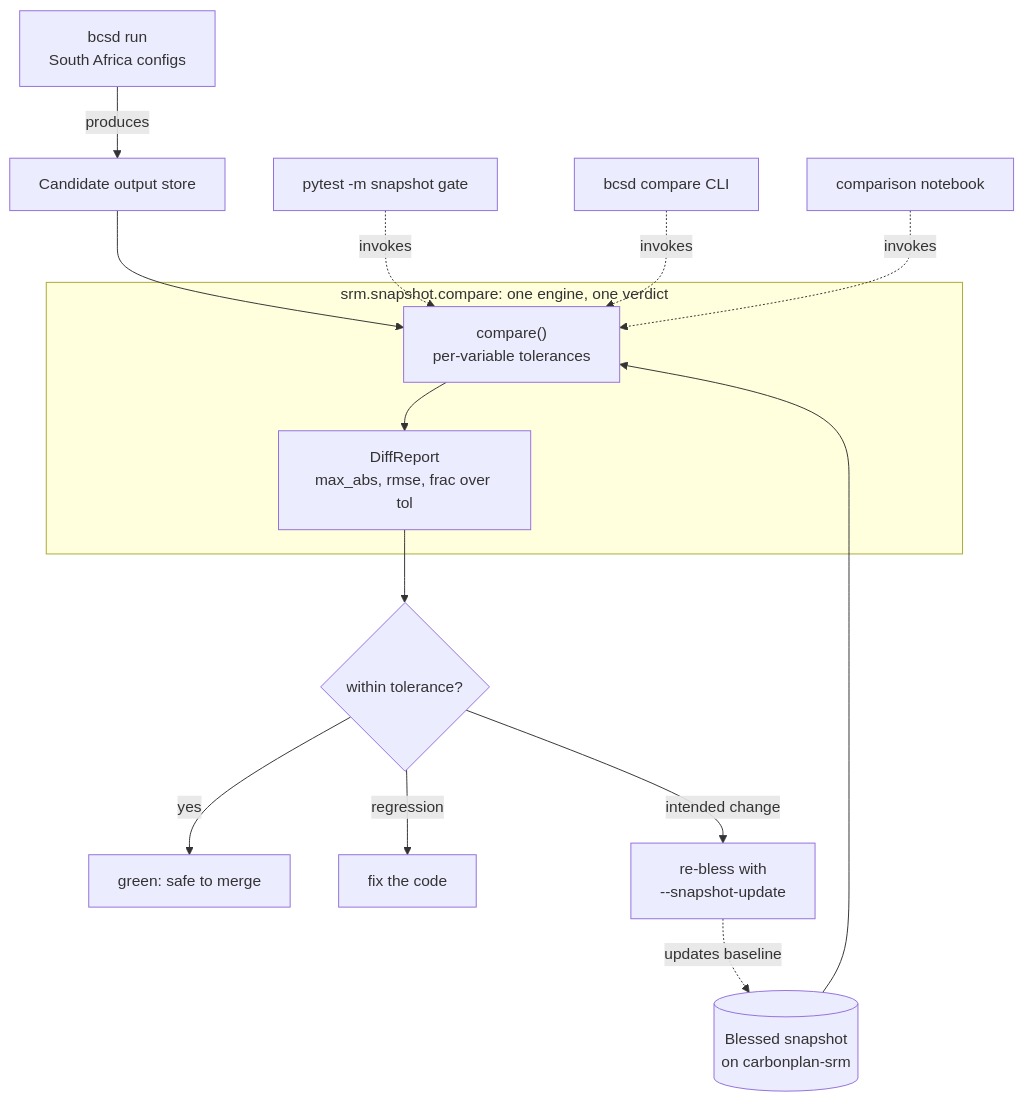
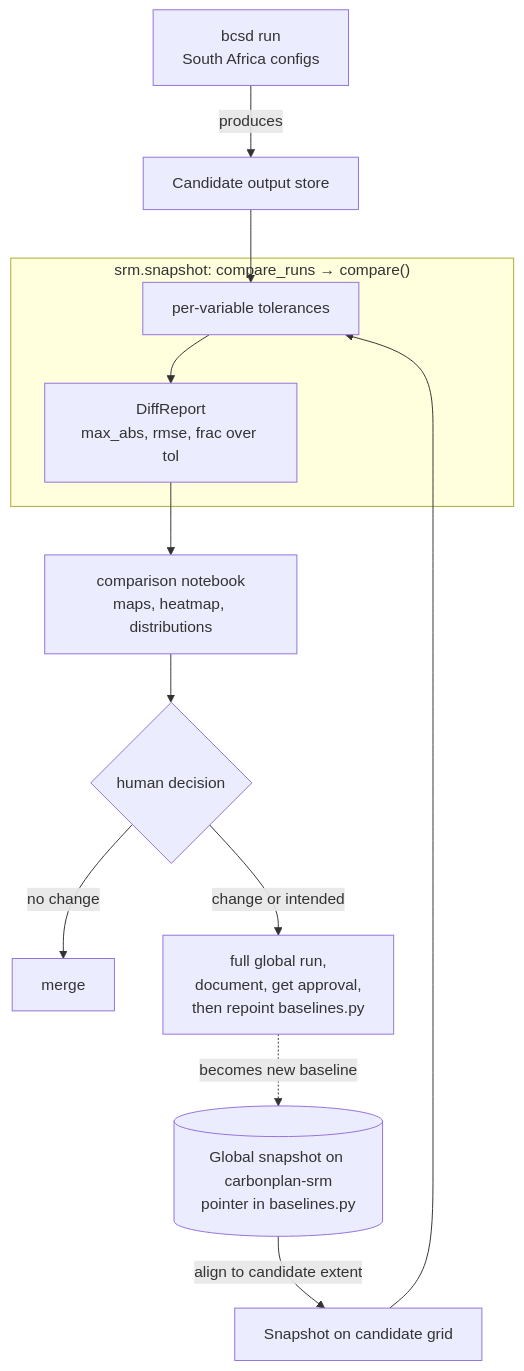
Before and after one commit to carbonplan/sai-downscaling: the diagram in docs/explanation/snapshot-testing.md, drawn with Mermaid. The commit also changed other lines of this file and 1 other file, not shown here.

Commit message:
rewrite snapshot docs for notebook workflow

````diff
--- a/docs/explanation/snapshot-testing.md
+++ b/docs/explanation/snapshot-testing.md
@@ -9,22 +9,19 @@
 ```mermaid
 graph TB
     RUN[bcsd run<br/>South Africa configs] -->|produces| CAND[Candidate output store]
-    SNAP[("Blessed snapshot<br/>on carbonplan-srm")]
+    SNAP[("Global snapshot on carbonplan-srm<br/>pointer in baselines.py")]
 
+    SNAP -->|align to candidate extent| ALN[Snapshot on candidate grid]
     CAND --> CMP
-    SNAP --> CMP
+    ALN --> CMP
 
-    subgraph "srm.snapshot.compare: one engine, one verdict"
-        CMP["compare()<br/>per-variable tolerances"] --> REP["DiffReport<br/>max_abs, rmse, frac over tol"]
+    subgraph "srm.snapshot: compare_runs → compare()"
+        CMP["per-variable tolerances"] --> REP["DiffReport<br/>max_abs, rmse, frac over tol"]
     end
 
-    GATE[pytest -m snapshot gate] -.->|invokes| CMP
-    CLI[bcsd compare CLI] -.->|invokes| CMP
-    NB[comparison notebook] -.->|invokes| CMP
-
-    REP --> V{within tolerance?}
-    V -->|yes| PASS["green: safe to merge"]
-    V -->|regression| FIX[fix the code]
-    V -->|intended change| BLESS["re-bless with<br/>--snapshot-update"]
-    BLESS -.->|updates baseline| SNAP
+    REP --> NB[comparison notebook<br/>maps, heatmap, distributions]
+    NB --> V{human decision}
+    V -->|no change| MERGE["merge"]
+    V -->|change or intended| GLOBAL["full global run,<br/>document, get approval,<br/>then repoint baselines.py"]
+    GLOBAL -.->|becomes new baseline| SNAP
 ```
````
